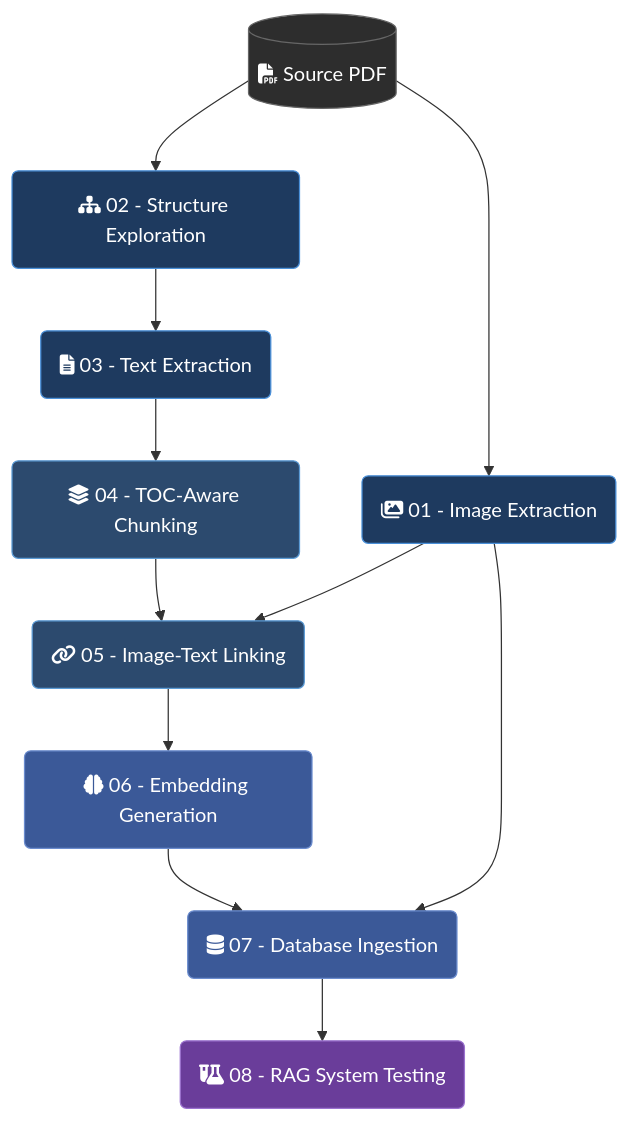
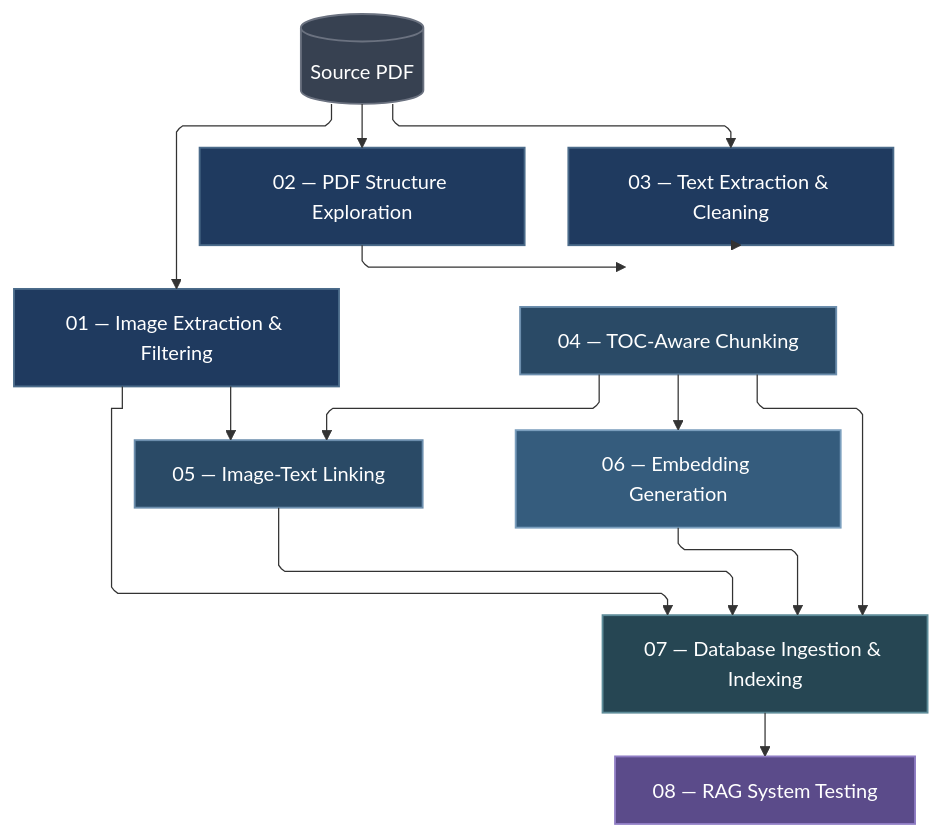
The diagram in notebooks/README.md (Nourelden-Elhakiem/Intelligent-SCADA-Assistant), drawn with Mermaid before and after one commit.

Commit message:
Document notebook pipeline architecture

````diff
--- a/notebooks/README.md
+++ b/notebooks/README.md
@@ -9,34 +9,47 @@
 ```mermaid
+%%{init: {"flowchart": {"defaultRenderer": "elk", "curve": "linear"}} }%%
 flowchart TD
-    PDF[(fa:fa-file-pdf Source PDF)]
+    PDF[(Source PDF)]
 
-    N02(fa:fa-sitemap 02 - Structure Exploration)
-    N01(fa:fa-images 01 - Image Extraction)
-    N03(fa:fa-file-lines 03 - Text Extraction)
-    N04(fa:fa-layer-group 04 - TOC-Aware Chunking)
-    N05(fa:fa-link 05 - Image-Text Linking)
-    N06(fa:fa-brain 06 - Embedding Generation)
-    N07(fa:fa-database 07 - Database Ingestion)
-    N08(fa:fa-flask-vial 08 - RAG System Testing)
+    N01[01 — Image Extraction & Filtering]
+    N02[02 — PDF Structure Exploration]
+    N03[03 — Text Extraction & Cleaning]
+    N04[04 — TOC-Aware Chunking]
+    N05[05 — Image-Text Linking]
+    N06[06 — Embedding Generation]
+    N07[07 — Database Ingestion & Indexing]
+    N08[08 — RAG System Testing]
 
+    PDF --> N01
     PDF --> N02
-    PDF --> N01
-    N02 --> N03
+    PDF --> N03
+
+    N02 --> N04
     N03 --> N04
+
+    N01 --> N05
     N04 --> N05
-    N01 --> N05
-    N05 --> N06
+
+    N04 --> N06
+
+    N01 --> N07
+    N04 --> N07
+    N05 --> N07
     N06 --> N07
-    N01 --> N07
+
     N07 --> N08
 
-    style PDF fill:#2d2d2d,stroke:#666,color:#fff
-    style N01 fill:#1e3a5f,stroke:#4a90d9,color:#fff
-    style N02 fill:#1e3a5f,stroke:#4a90d9,color:#fff
-    style N03 fill:#1e3a5f,stroke:#4a90d9,color:#fff
-    style N04 fill:#2c4a6e,stroke:#5b9bd5,color:#fff
-    style N05 fill:#2c4a6e,stroke:#5b9bd5,color:#fff
-    style N06 fill:#3b5998,stroke:#6b8cce,color:#fff
-    style N07 fill:#3b5998,stroke:#6b8cce,color:#fff
-    style N08 fill:#6a3d9a,stroke:#9b72cf,color:#fff
+    classDef source fill:#374151,stroke:#6B7280,color:#FFFFFF,stroke-width:1.5px
+    classDef prep fill:#1F3A5F,stroke:#4B6B8A,color:#FFFFFF,stroke-width:1.5px
+    classDef process fill:#2A4A66,stroke:#6C8EAD,color:#FFFFFF,stroke-width:1.5px
+    classDef embed fill:#355C7D,stroke:#7A9EBD,color:#FFFFFF,stroke-width:1.5px
+    classDef db fill:#264653,stroke:#5E8C99,color:#FFFFFF,stroke-width:1.5px
+    classDef test fill:#5B4B8A,stroke:#8E7CC3,color:#FFFFFF,stroke-width:1.5px
+
+    class PDF source
+    class N01,N02,N03 prep
+    class N04,N05 process
+    class N06 embed
+    class N07 db
+    class N08 test
 ```
````
